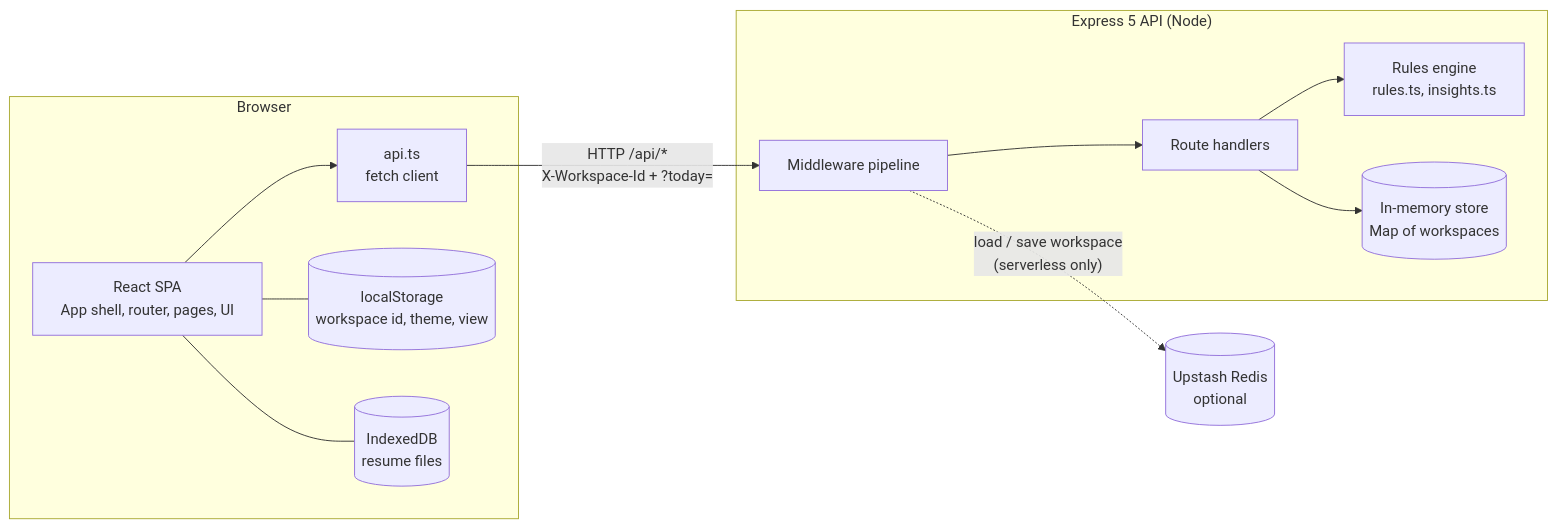
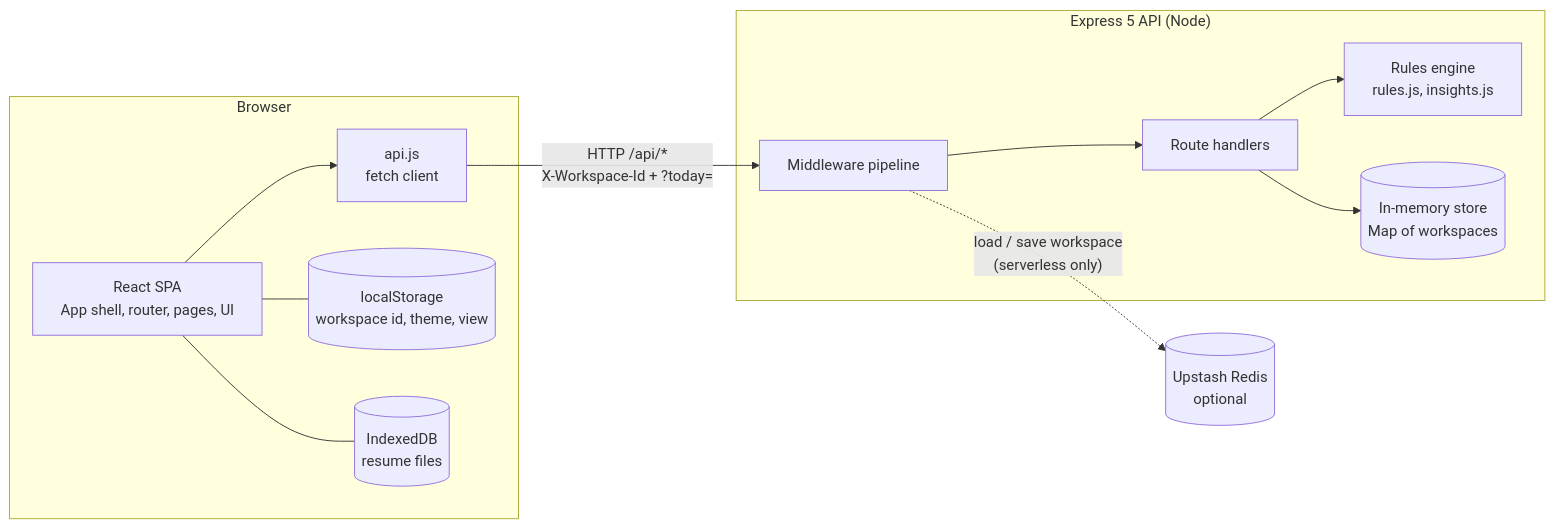
One commit to someone1709/404owasp changed the first of 6 diagrams in docs/ARCHITECTURE.md. Above: the diagram before and after it, drawn with Mermaid. The commit also changed other lines of this file and 116 other files, not shown here.

````diff
--- a/docs/ARCHITECTURE.md
+++ b/docs/ARCHITECTURE.md
@@ -9,25 +9,25 @@
 ```mermaid
 flowchart LR
   subgraph Browser
     SPA["React SPA<br/>App shell, router, pages, UI"]
-    API["api.ts<br/>fetch client"]
+    API["api.js<br/>fetch client"]
     LS[("localStorage<br/>workspace id, theme, view")]
     IDB[("IndexedDB<br/>resume files")]
   end
   subgraph Server["Express 5 API (Node)"]
     PIPE["Middleware pipeline"]
     ROUTES["Route handlers"]
-    RULES["Rules engine<br/>rules.ts, insights.ts"]
+    RULES["Rules engine<br/>rules.js, insights.js"]
     STORE[("In-memory store<br/>Map of workspaces")]
   end
   REDIS[("Upstash Redis<br/>optional")]
 
   SPA --> API
   SPA --- LS
   SPA --- IDB
   API -- "HTTP /api/*<br/>X-Workspace-Id + ?today=" --> PIPE
   PIPE --> ROUTES
   ROUTES --> RULES
   ROUTES --> STORE
   PIPE -. "load / save workspace<br/>(serverless only)" .-> REDIS
 ```
````
